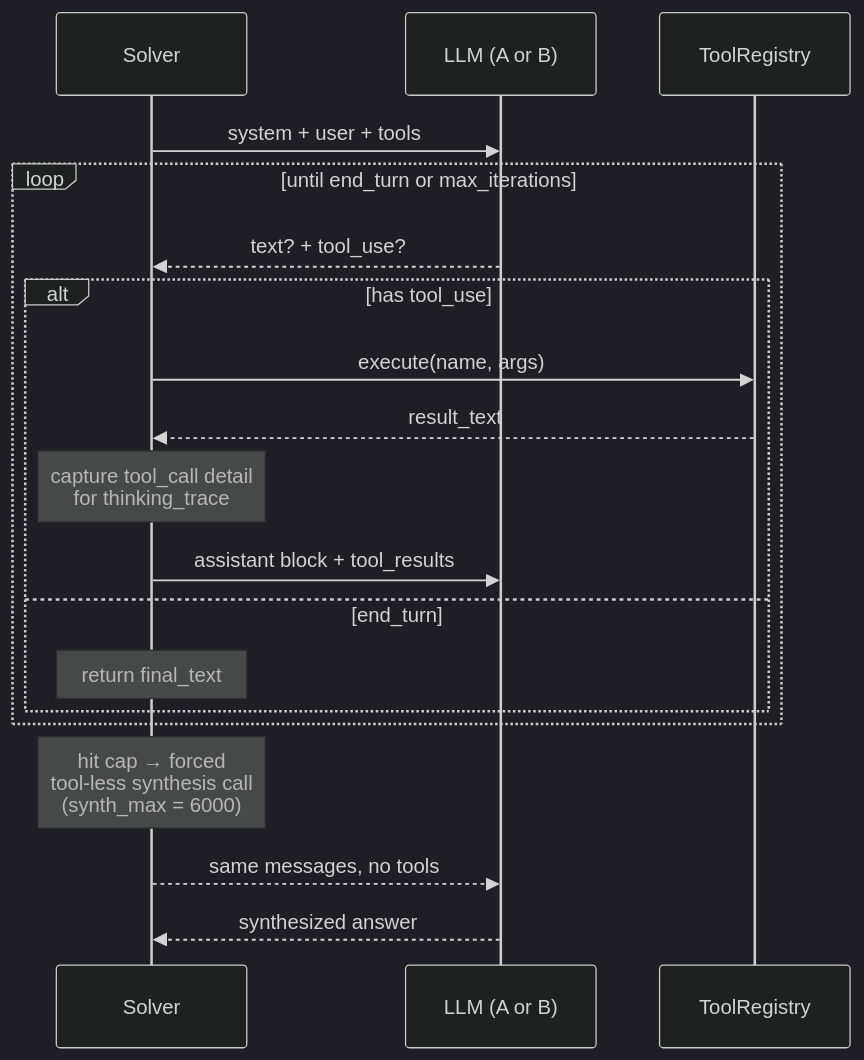
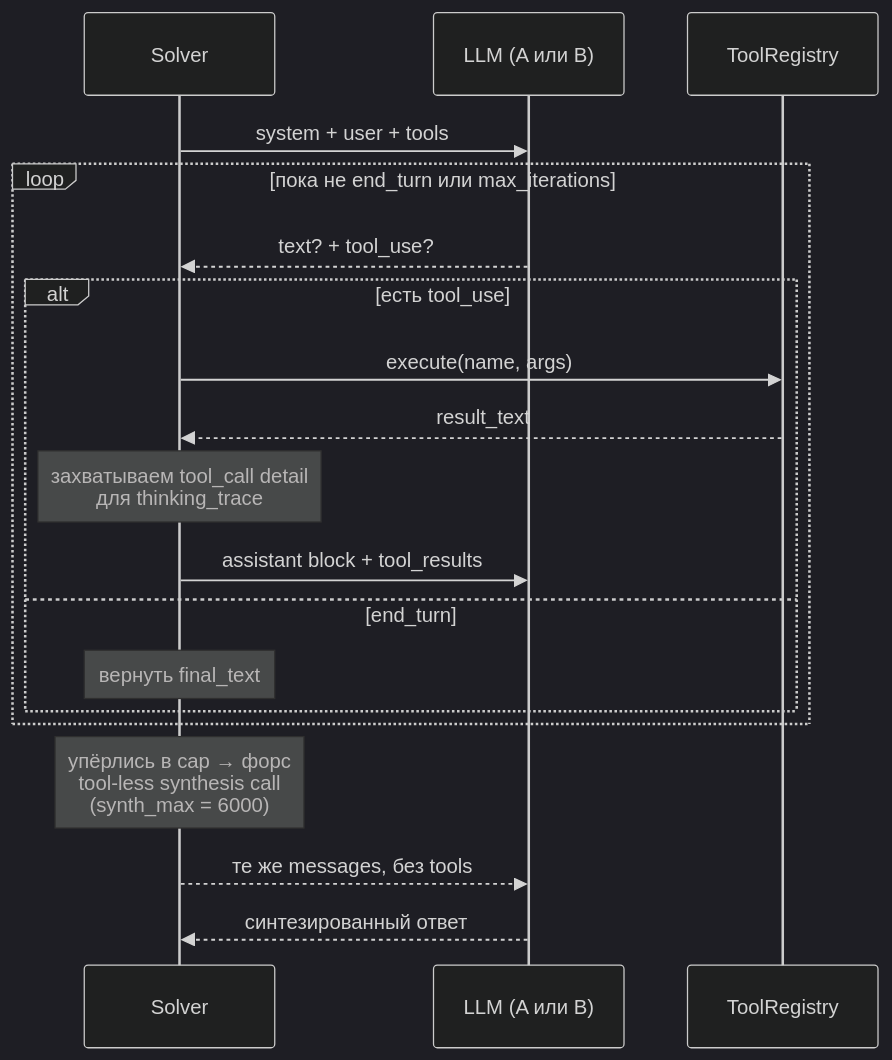
The sixth of 12 diagrams in docs/architecture.md (gjaloyan/hrant), drawn with Mermaid (dark theme) before and after one commit. The commit also changed other lines of this file, not shown here.

First line of the commit message:
docs(architecture): translate to Russian

````diff
--- a/docs/architecture.md
+++ b/docs/architecture.md
@@ -298,22 +299,22 @@
 ```mermaid
 sequenceDiagram
     participant S as Solver
-    participant LLM as LLM (A or B)
+    participant LLM as LLM (A или B)
     participant T as ToolRegistry
 
     S->>LLM: system + user + tools
-    loop until end_turn or max_iterations
+    loop пока не end_turn или max_iterations
         LLM-->>S: text? + tool_use?
-        alt has tool_use
+        alt есть tool_use
             S->>T: execute(name, args)
             T-->>S: result_text
-            Note over S: capture tool_call detail<br/>for thinking_trace
+            Note over S: захватываем tool_call detail<br/>для thinking_trace
             S->>LLM: assistant block + tool_results
         else end_turn
-            Note over S: return final_text
+            Note over S: вернуть final_text
         end
     end
-    Note over S: hit cap → forced<br/>tool-less synthesis call<br/>(synth_max = 6000)
-    S-->>LLM: same messages, no tools
-    LLM-->>S: synthesized answer
+    Note over S: упёрлись в cap → форс<br/>tool-less synthesis call<br/>(synth_max = 6000)
+    S-->>LLM: те же messages, без tools
+    LLM-->>S: синтезированный ответ
 ```
````
